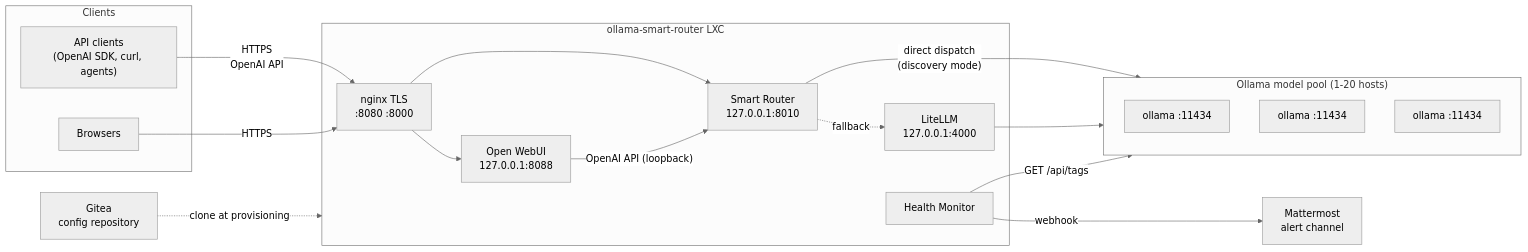
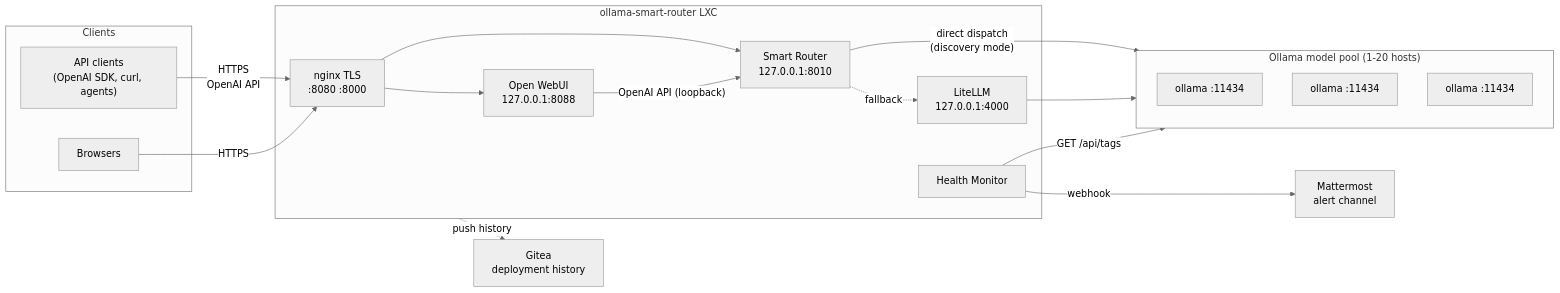
The first of 5 diagrams in ARCHITECTURE.md (wwarren/osr), drawn with Mermaid (neutral theme) before and after one commit. The commit also changed other lines of this file and 3 other files, not shown here.

````diff
--- a/ARCHITECTURE.md
+++ b/ARCHITECTURE.md
@@ -40,36 +40,36 @@
 ```mermaid
 flowchart LR
     subgraph clients[Clients]
         api["API clients<br/>(OpenAI SDK, curl, agents)"]
         browser["Browsers"]
     end
 
     subgraph ct["ollama-smart-router LXC"]
         nginx["nginx TLS<br/>:8080 :8000"]
         router["Smart Router<br/>127.0.0.1:8010"]
         webui["Open WebUI<br/>127.0.0.1:8088"]
         litellm["LiteLLM<br/>127.0.0.1:4000"]
         monitor["Health Monitor"]
     end
 
     subgraph pool["Ollama model pool (1-20 hosts)"]
         o1["ollama :11434"]
         o2["ollama :11434"]
         oN["ollama :11434"]
     end
 
-    gitea["Gitea<br/>config repository"]
+    gitea["Gitea<br/>deployment history"]
     mm["Mattermost<br/>alert channel"]
 
     api -->|"HTTPS<br/>OpenAI API"| nginx
     browser -->|HTTPS| nginx
     nginx --> webui
     nginx --> router
     webui -->|"OpenAI API (loopback)"| router
     router -->|"direct dispatch<br/>(discovery mode)"| pool
     router -.->|"fallback"| litellm
     litellm --> pool
     monitor -->|"GET /api/tags"| pool
     monitor -->|"webhook"| mm
-    gitea -.->|"clone at provisioning"| ct
+    ct -.->|"push history"| gitea
 ```
````
